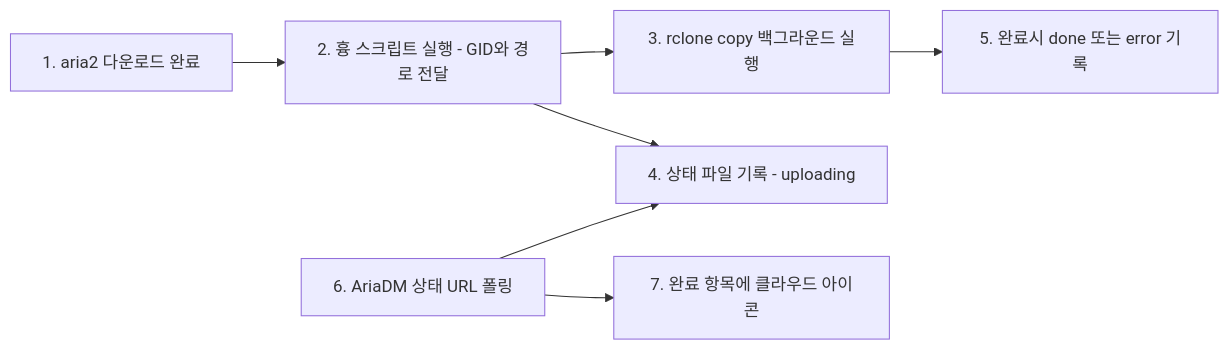
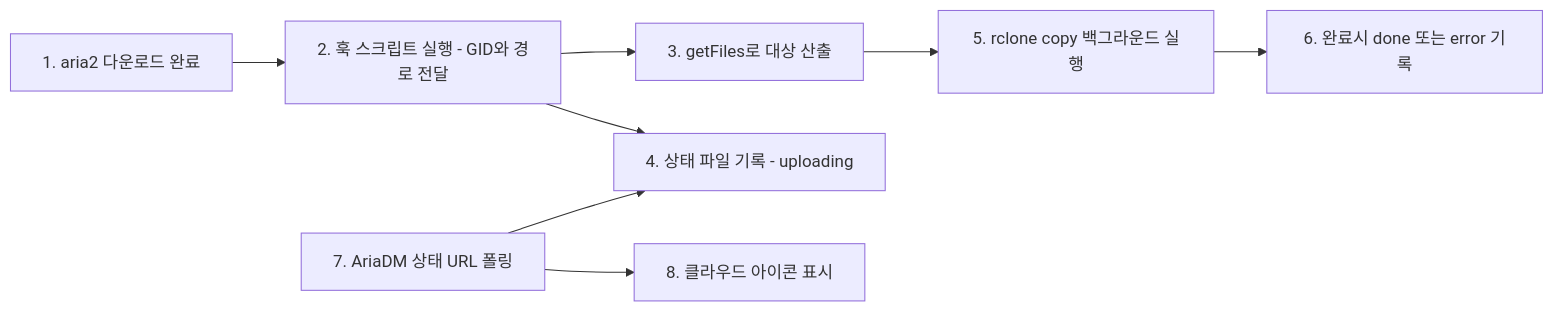
The diagram in docs/superpowers/specs/2026-11-21-cloud-upload-design.md (deuxksy/AriaDM), drawn with Mermaid before and after one commit. The commit also changed other lines of this file, not shown here.

First line of the commit message:
docs: 클라우드 업로드 spec 2-Way 검증 blocker 반영 v2

````diff
--- a/docs/superpowers/specs/2026-11-21-cloud-upload-design.md
+++ b/docs/superpowers/specs/2026-11-21-cloud-upload-design.md
@@ -58,9 +58,10 @@
 ```mermaid
 graph LR
-    A[1. aria2 다운로드 완료] --> B[2. 흉 스크립트 실행 - GID와 경로 전달]
-    B --> C[3. rclone copy 백그라운드 실행]
+    A[1. aria2 다운로드 완료] --> B[2. 훅 스크립트 실행 - GID와 경로 전달]
+    B --> C[3. getFiles로 대상 산출]
     B --> D[4. 상태 파일 기록 - uploading]
-    C --> E[5. 완료시 done 또는 error 기록]
-    F[6. AriaDM 상태 URL 폴링] --> D
-    F --> G[7. 완료 항목에 클라우드 아이콘]
+    C --> E[5. rclone copy 백그라운드 실행]
+    E --> F[6. 완료시 done 또는 error 기록]
+    G[7. AriaDM 상태 URL 폴링] --> D
+    G --> H[8. 클라우드 아이콘 표시]
 ```
````
